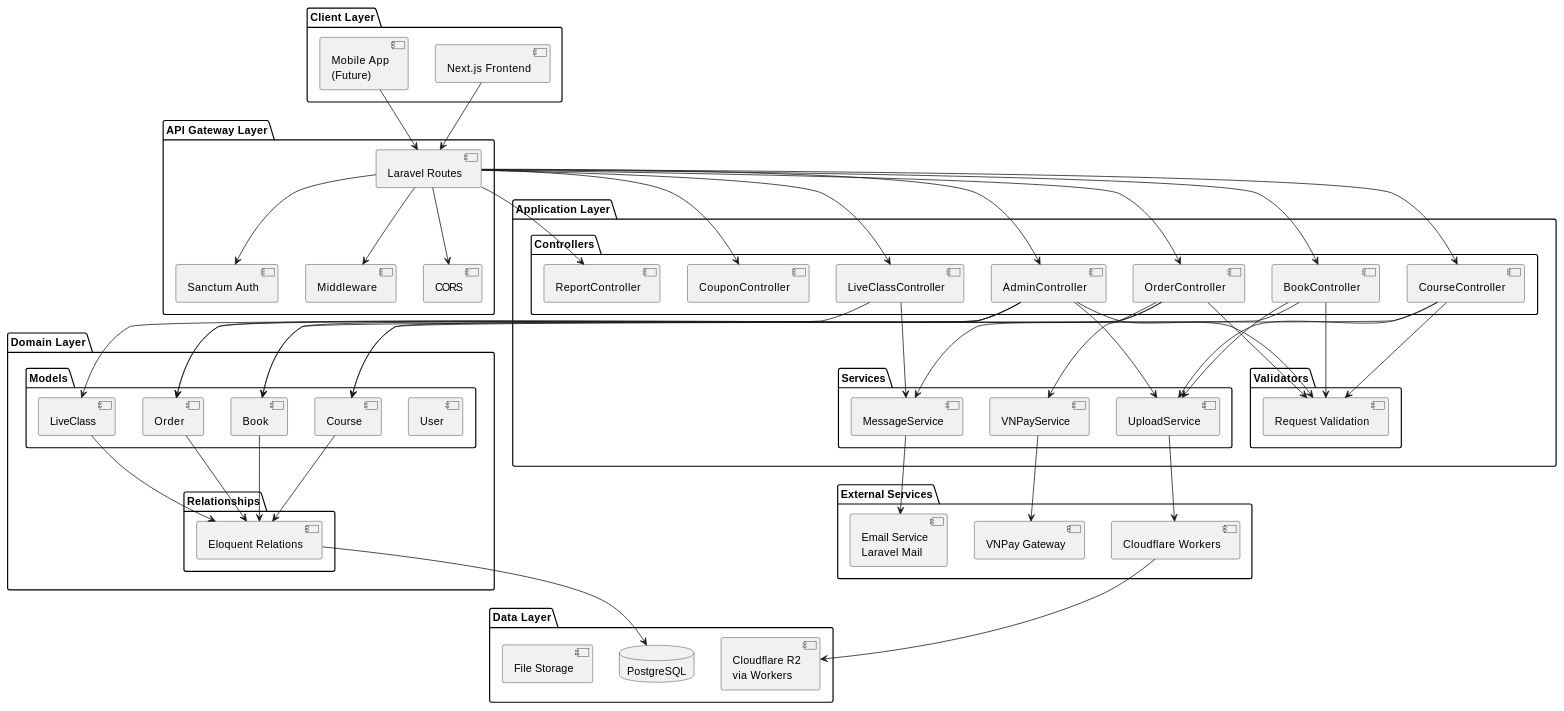
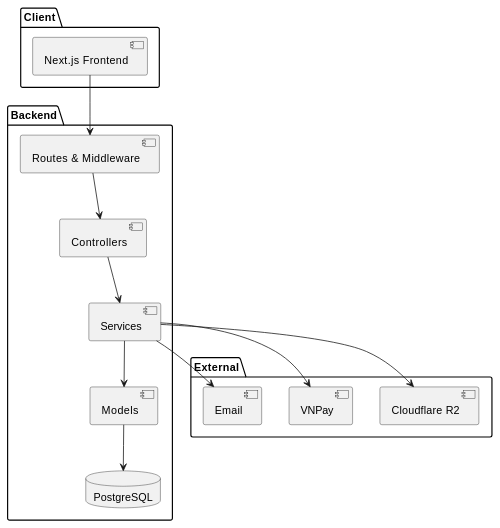
The fourth of 5 diagrams in khoitriso-be/HE_THONG_GIOI_THIEU.md (ngocnghia81/KhoiTriSo-PHP), drawn with PlantUML before and after one commit. The commit also changed other lines of this file and 23 other files, not shown here.

````diff
--- a/khoitriso-be/HE_THONG_GIOI_THIEU.md
+++ b/khoitriso-be/HE_THONG_GIOI_THIEU.md
@@ -458,112 +354,31 @@
 ```plantuml
 @startuml
-package "Client Layer" {
+package "Client" {
   [Next.js Frontend] as Frontend
-  [Mobile App\n(Future)] as Mobile
 }
 
-package "API Gateway Layer" {
-  [Laravel Routes] as Routes
-  [Sanctum Auth] as Sanctum
-  [Middleware] as Middleware
-  [CORS] as CORS
+package "Backend" {
+  [Routes & Middleware] as Gateway
+  [Controllers] as Controllers
+  [Services] as Services
+  [Models] as Models
+  database "PostgreSQL" as DB
 }
 
-package "Application Layer" {
-  package "Controllers" {
-    [AdminController] as AdminCtrl
-    [CourseController] as CourseCtrl
-    [BookController] as BookCtrl
-    [OrderController] as OrderCtrl
-    [LiveClassController] as LiveClassCtrl
-    [CouponController] as CouponCtrl
-    [ReportController] as ReportCtrl
-  }
-  
-  package "Services" {
-    [UploadService] as UploadSvc
-    [VNPayService] as VNPaySvc
-    [MessageService] as MessageSvc
-  }
-  
-  package "Validators" {
-    [Request Validation] as Validation
-  }
+package "External" {
+  [Cloudflare R2] as R2
+  [VNPay] as VNPay
+  [Email] as Email
 }
 
-package "Domain Layer" {
-  package "Models" {
-    [User] as UserModel
-    [Course] as CourseModel
-    [Book] as BookModel
-    [Order] as OrderModel
-    [LiveClass] as LiveClassModel
-  }
-  
-  package "Relationships" {
-    [Eloquent Relations] as Relations
-  }
-}
-
-package "Data Layer" {
-  database "PostgreSQL" as DB
-  [Cloudflare R2\nvia Workers] as R2
-  [File Storage] as Storage
-}
-
-package "External Services" {
-  [Cloudflare Workers] as Workers
-  [VNPay Gateway] as VNPay
-  [Email Service\nLaravel Mail] as Email
-}
-
-Frontend --> Routes
-Mobile --> Routes
-Routes --> Sanctum
-Routes --> Middleware
-Routes --> CORS
-Routes --> AdminCtrl
-Routes --> CourseCtrl
-Routes --> BookCtrl
-Routes --> OrderCtrl
-Routes --> LiveClassCtrl
-Routes --> CouponCtrl
-Routes --> ReportCtrl
-
-AdminCtrl --> Validation
-CourseCtrl --> Validation
-BookCtrl --> Validation
-OrderCtrl --> Validation
-
-AdminCtrl --> UploadSvc
-CourseCtrl --> UploadSvc
-BookCtrl --> UploadSvc
-
-OrderCtrl --> VNPaySvc
-OrderCtrl --> MessageSvc
-
-LiveClassCtrl --> MessageSvc
-
-UploadSvc --> Workers
-Workers --> R2
-
-VNPaySvc --> VNPay
-MessageSvc --> Email
-
-AdminCtrl --> CourseModel
-AdminCtrl --> BookModel
-AdminCtrl --> OrderModel
-CourseCtrl --> CourseModel
-BookCtrl --> BookModel
-OrderCtrl --> OrderModel
-LiveClassCtrl --> LiveClassModel
-
-CourseModel --> Relations
-BookModel --> Relations
-OrderModel --> Relations
-LiveClassModel --> Relations
-
-Relations --> DB
+Frontend --> Gateway
+Gateway --> Controllers
+Controllers --> Services
+Services --> Models
+Models --> DB
+Services --> R2
+Services --> VNPay
+Services --> Email
 
 @enduml
 ```
````
